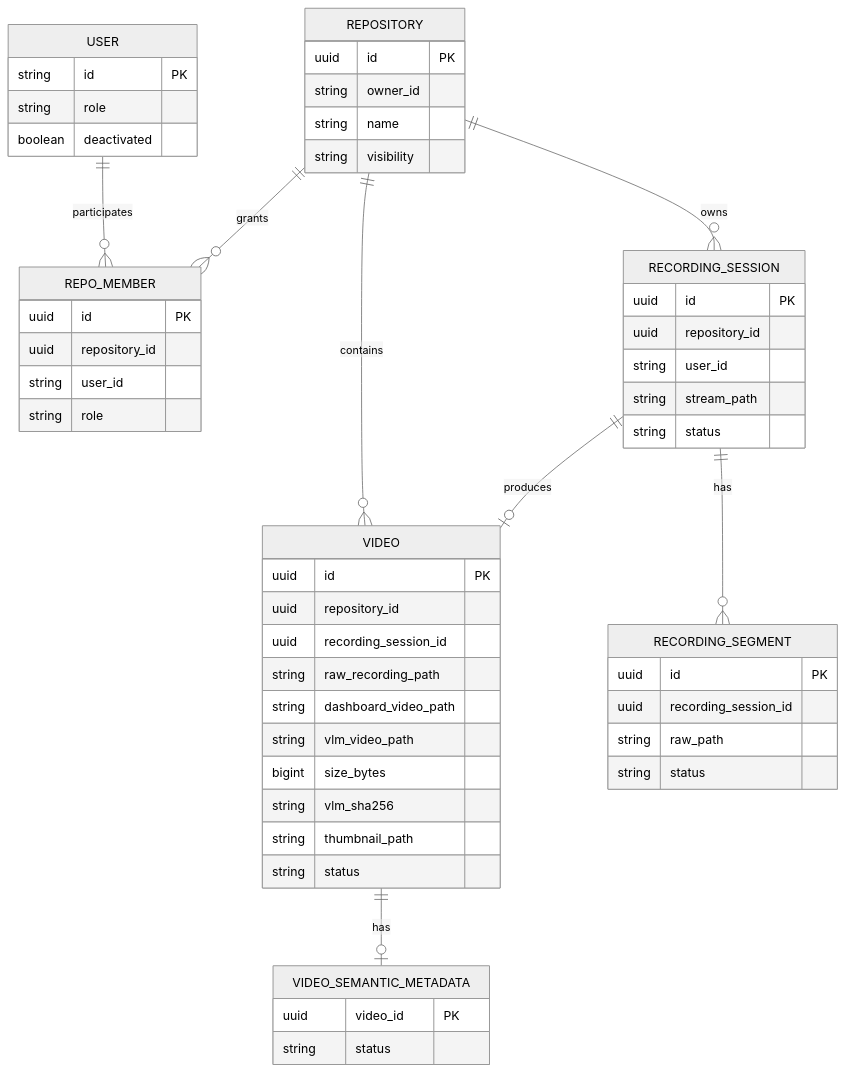
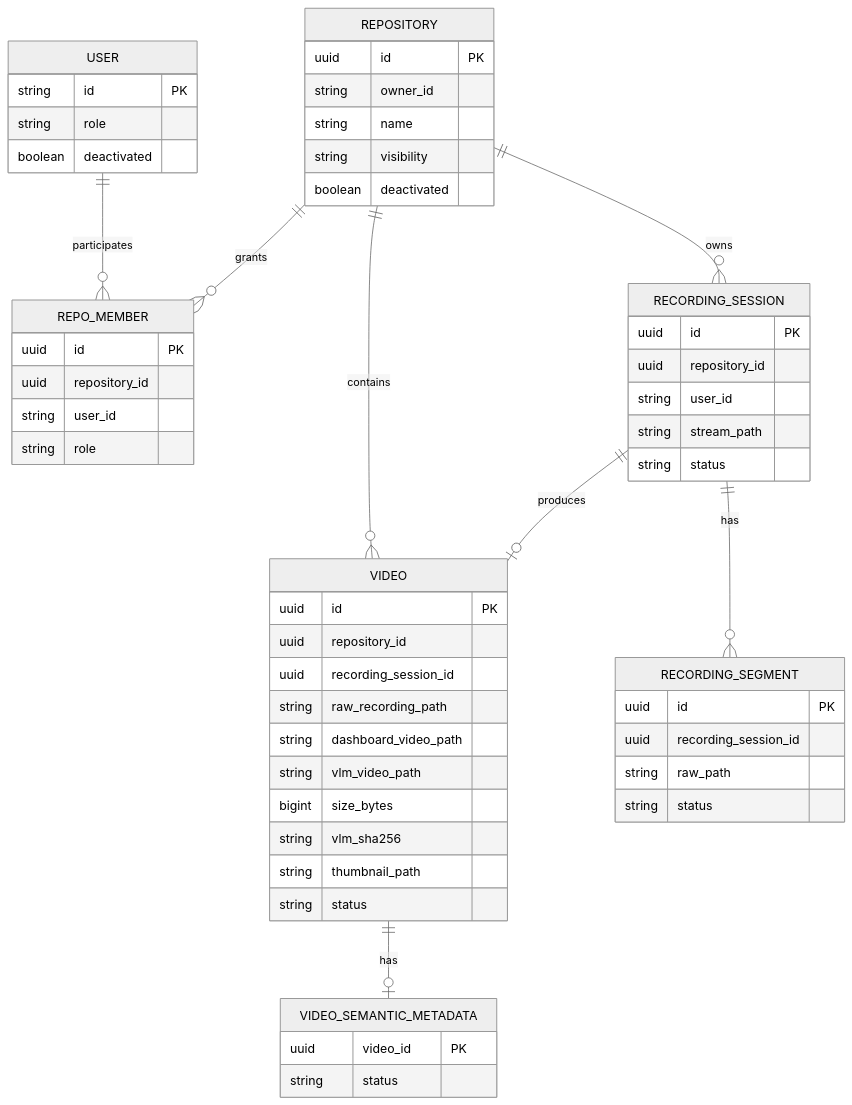
Before and after one commit to ego-flow/ego-flow-server: the second of 2 diagrams in docs/04. project_architecture.md, drawn with Mermaid (neutral theme). The commit also changed other lines of this file and 13 other files, not shown here.

````diff
--- a/docs/04. project_architecture.md
+++ b/docs/04. project_architecture.md
@@ -70,63 +70,64 @@
 ```mermaid
 erDiagram
     USER ||--o{ REPO_MEMBER : participates
     REPOSITORY ||--o{ REPO_MEMBER : grants
     REPOSITORY ||--o{ RECORDING_SESSION : owns
     REPOSITORY ||--o{ VIDEO : contains
     RECORDING_SESSION ||--o{ RECORDING_SEGMENT : has
     RECORDING_SESSION ||--o| VIDEO : produces
     VIDEO ||--o| VIDEO_SEMANTIC_METADATA : has
 
     USER {
         string id PK
         string role
         boolean deactivated
     }
 
     REPOSITORY {
         uuid id PK
         string owner_id
         string name
         string visibility
+        boolean deactivated
     }
 
     REPO_MEMBER {
         uuid id PK
         uuid repository_id
         string user_id
         string role
     }
 
     RECORDING_SESSION {
         uuid id PK
         uuid repository_id
         string user_id
         string stream_path
         string status
     }
 
     RECORDING_SEGMENT {
         uuid id PK
         uuid recording_session_id
         string raw_path
         string status
     }
 
     VIDEO {
         uuid id PK
         uuid repository_id
         uuid recording_session_id
         string raw_recording_path
         string dashboard_video_path
         string vlm_video_path
         bigint size_bytes
         string vlm_sha256
         string thumbnail_path
         string status
     }
 
     VIDEO_SEMANTIC_METADATA {
         uuid video_id PK
         string status
     }
 ```
````
